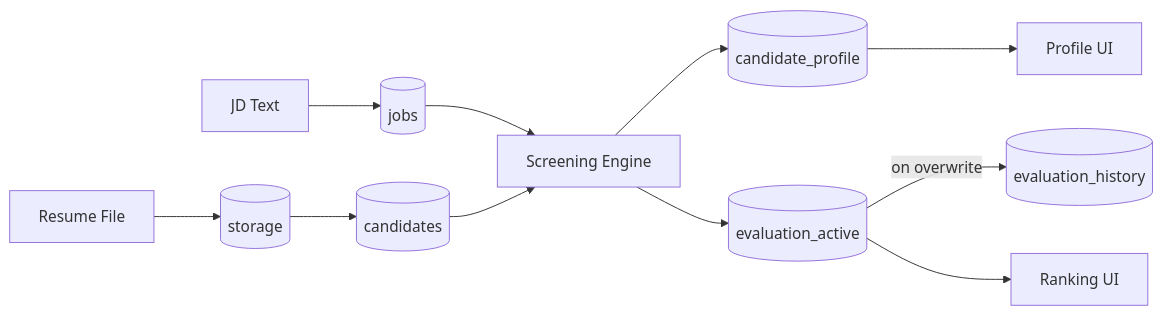
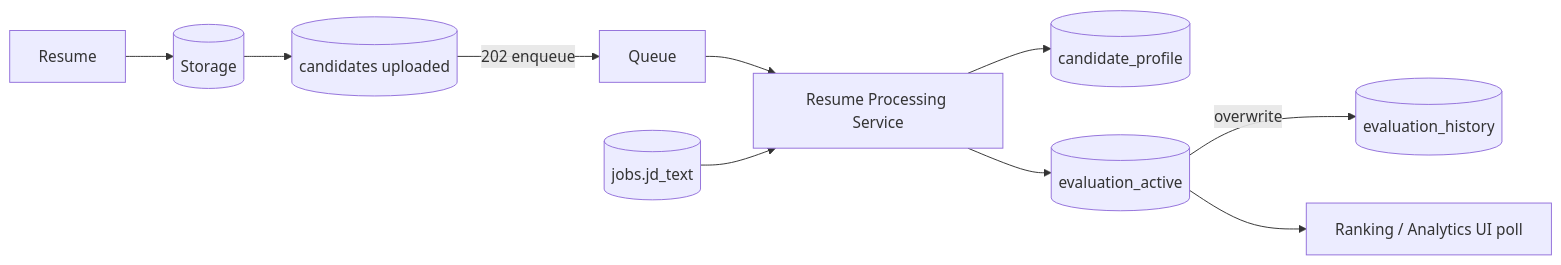
Before and after one commit to VishnuVardhan-CH-2022/resume-rank-ai-dev: diagram 12 of 17 in docs/02-design/04-System-Design-Document.md, drawn with Mermaid. The commit also changed other lines of this file and 4 other files, not shown here.

````diff
--- a/docs/02-design/04-System-Design-Document.md
+++ b/docs/02-design/04-System-Design-Document.md
@@ -823,13 +813,12 @@
 ```mermaid
 flowchart LR
-  JD[JD Text] --> Job[(jobs)]
-  File[Resume File] --> ST[(storage)]
-  ST --> Cand[(candidates)]
-  Job --> EF[Screening Engine]
-  Cand --> EF
-  EF --> Prof[(candidate_profile)]
-  EF --> Act[(evaluation_active)]
-  Act -->|on overwrite| Hist[(evaluation_history)]
-  Act --> RankUI[Ranking UI]
-  Prof --> ProfileUI[Profile UI]
+  File[Resume] --> ST[(Storage)]
+  ST --> Cand[(candidates uploaded)]
+  Cand -->|202 enqueue| Q[Queue]
+  Q --> RPS[Resume Processing Service]
+  JD[(jobs.jd_text)] --> RPS
+  RPS --> Prof[(candidate_profile)]
+  RPS --> Act[(evaluation_active)]
+  Act -->|overwrite| Hist[(evaluation_history)]
+  Act --> UI[Ranking / Analytics UI poll]
 ```
````
